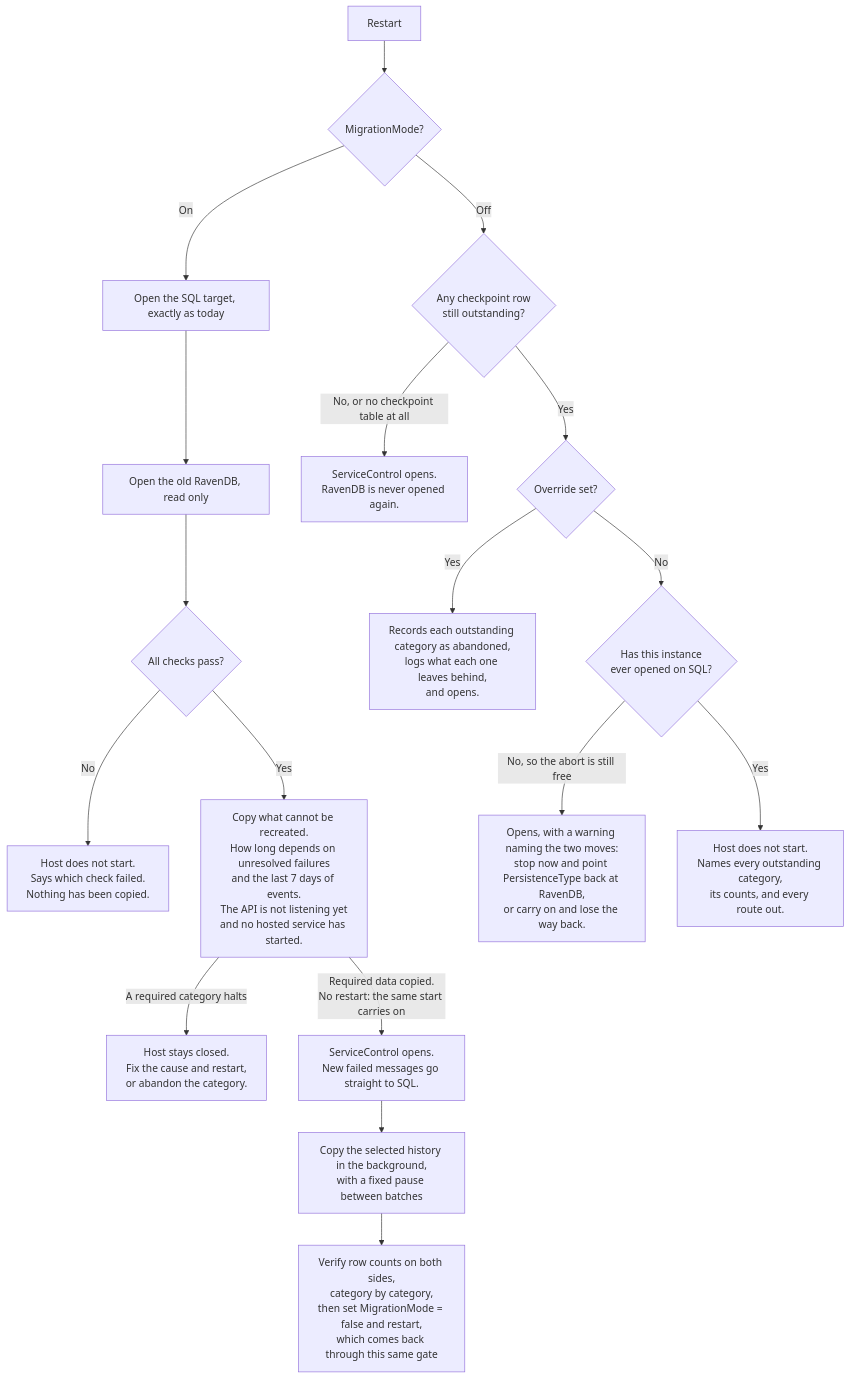
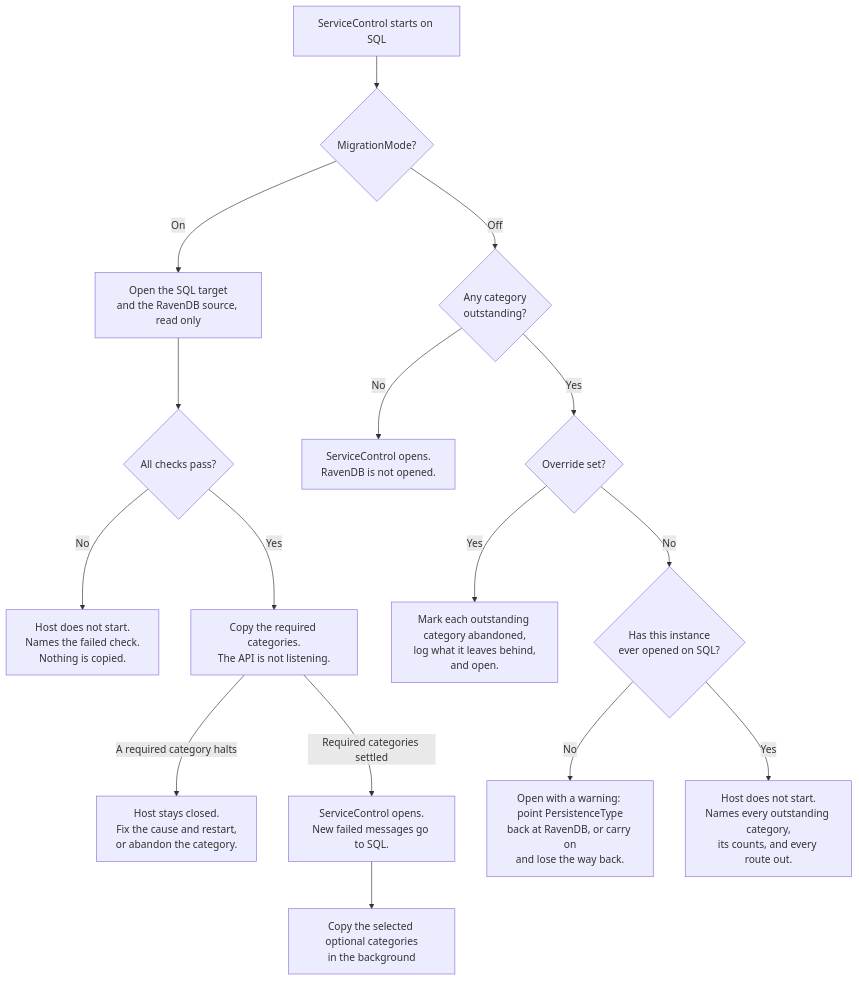
One commit to Particular/ServiceControl changed the second of 4 diagrams in docs/migration/ravendb-to-sql-migration-overview.md. Above: the diagram before and after it, drawn with Mermaid. The commit also changed other lines of this file and 2 other files, not shown here.

Commit message:
docs: Update migration documentation for clarity on RavenDB to SQL migration process

````diff
--- a/docs/migration/ravendb-to-sql-migration-overview.md
+++ b/docs/migration/ravendb-to-sql-migration-overview.md
@@ -124,22 +124,20 @@
 ```mermaid
 flowchart TB
-    A["Restart"] --> M{"MigrationMode?"}
+    A["ServiceControl starts on SQL"] --> M{"MigrationMode?"}
 
-    M -->|"On"| B["Open the SQL target, exactly as today"]
-    B --> C["Open the old RavenDB, read only"]
-    C --> D{"All checks pass?"}
-    D -->|"No"| E["Host does not start.<br/>Says which check failed.<br/>Nothing has been copied."]
-    D -->|"Yes"| F["Copy what cannot be recreated.<br/>How long depends on unresolved failures<br/>and the last 7 days of events.<br/>The API is not listening yet<br/>and no hosted service has started."]
+    M -->|"On"| B["Open the SQL target<br/>and the RavenDB source, read only"]
+    B --> D{"All checks pass?"}
+    D -->|"No"| E["Host does not start.<br/>Names the failed check.<br/>Nothing is copied."]
+    D -->|"Yes"| F["Copy the required categories.<br/>The API is not listening."]
     F -->|"A required category halts"| T["Host stays closed.<br/>Fix the cause and restart,<br/>or abandon the category."]
-    F -->|"Required data copied.<br/>No restart: the same start carries on"| G["ServiceControl opens.<br/>New failed messages go straight to SQL."]
-    G --> H["Copy the selected history in the background,<br/>with a fixed pause between batches"]
-    H --> I["Verify row counts on both sides,<br/>category by category,<br/>then set MigrationMode = false and restart,<br/>which comes back through this same gate"]
+    F -->|"Required categories settled"| G["ServiceControl opens.<br/>New failed messages go to SQL."]
+    G --> H["Copy the selected optional categories<br/>in the background"]
 
-    M -->|"Off"| N{"Any checkpoint row<br/>still outstanding?"}
-    N -->|"No, or no checkpoint table at all"| L["ServiceControl opens.<br/>RavenDB is never opened again."]
+    M -->|"Off"| N{"Any category<br/>outstanding?"}
+    N -->|"No"| L["ServiceControl opens.<br/>RavenDB is not opened."]
     N -->|"Yes"| O{"Override set?"}
-    O -->|"Yes"| P["Records each outstanding category as abandoned,<br/>logs what each one leaves behind,<br/>and opens."]
+    O -->|"Yes"| P["Mark each outstanding category abandoned,<br/>log what it leaves behind,<br/>and open."]
     O -->|"No"| Q{"Has this instance<br/>ever opened on SQL?"}
-    Q -->|"No, so the abort is still free"| R["Opens, with a warning naming the two moves:<br/>stop now and point PersistenceType back at RavenDB,<br/>or carry on and lose the way back."]
+    Q -->|"No"| R["Open with a warning: point PersistenceType<br/>back at RavenDB, or carry on<br/>and lose the way back."]
     Q -->|"Yes"| S["Host does not start.<br/>Names every outstanding category,<br/>its counts, and every route out."]
 ```
````
